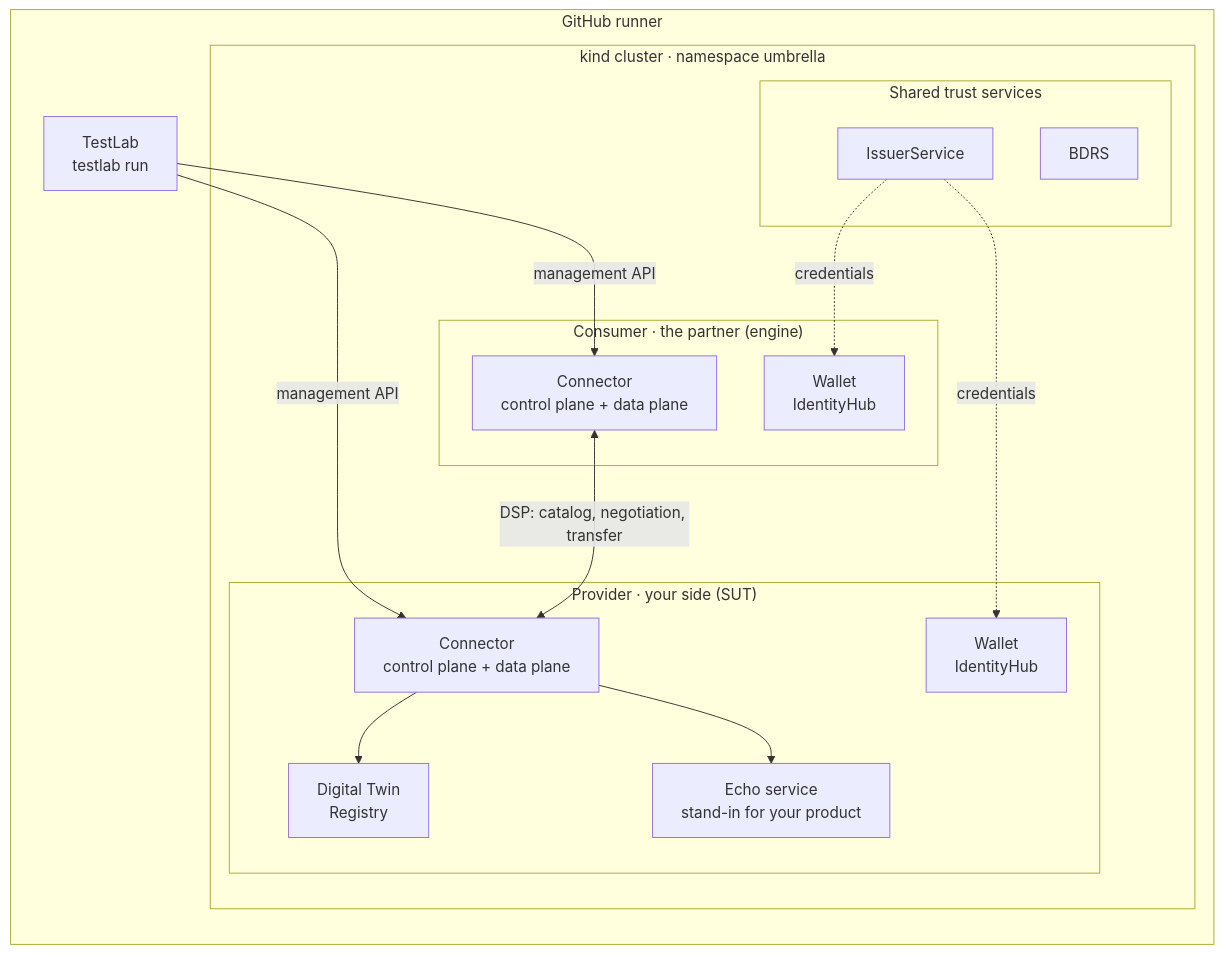
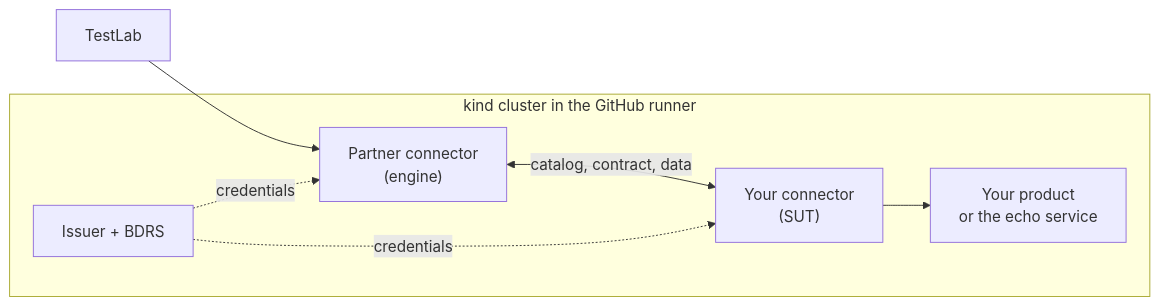
The first of 2 diagrams in e2e-testing/docs/reference/toolbox.md (eclipse-tractusx/tutorial-resources), drawn with Mermaid before and after one commit. The commit also changed other lines of this file and 19 other files, not shown here.

````diff
--- a/e2e-testing/docs/reference/toolbox.md
+++ b/e2e-testing/docs/reference/toolbox.md
@@ -13,29 +11,10 @@
 ```mermaid
 flowchart LR
-    subgraph runner["GitHub runner"]
-        TL["TestLab<br/>testlab run"]
-        subgraph kind["kind cluster · namespace umbrella"]
-            subgraph sut["Provider · your side (SUT)"]
-                PC["Connector<br/>control plane + data plane"]
-                PW["Wallet<br/>IdentityHub"]
-                DTR["Digital Twin<br/>Registry"]
-                ECHO["Echo service<br/>stand-in for your product"]
-            end
-            subgraph engine["Consumer · the partner (engine)"]
-                CC["Connector<br/>control plane + data plane"]
-                CW["Wallet<br/>IdentityHub"]
-            end
-            subgraph trust["Shared trust services"]
-                ISS["IssuerService"]
-                BDRS["BDRS"]
-            end
-        end
+    TL["TestLab"] --> CC
+    subgraph kind["kind cluster in the GitHub runner"]
+        CC["Partner connector<br/>(engine)"] <-- "catalog, contract, data" --> PC["Your connector<br/>(SUT)"]
+        PC --> P["Your product<br/>or the echo service"]
+        ISS["Issuer + BDRS"] -. "credentials" .-> CC
+        ISS -. "credentials" .-> PC
     end
-    TL -- "management API" --> CC
-    TL -- "management API" --> PC
-    CC <-- "DSP: catalog, negotiation, transfer" --> PC
-    PC --> DTR
-    PC --> ECHO
-    ISS -. "credentials" .-> PW
-    ISS -. "credentials" .-> CW
 ```
````
